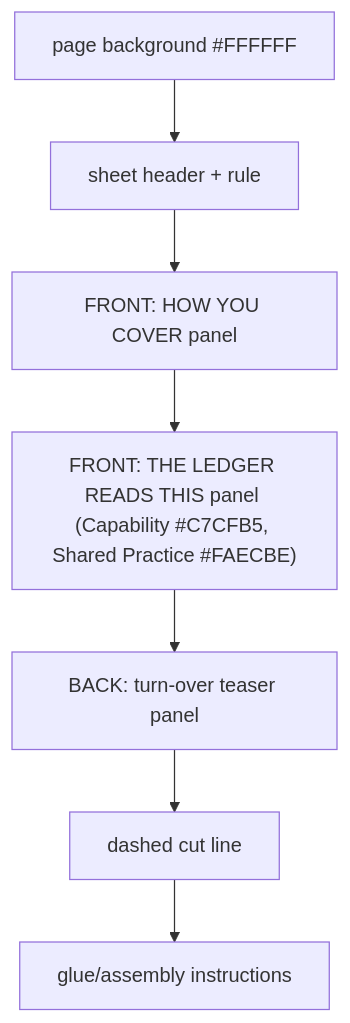
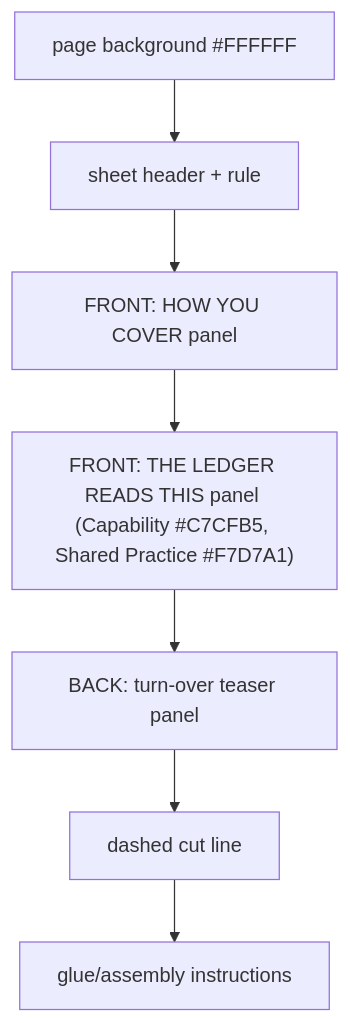
One commit to Hegerstrand/seven-weeks changed the third of 11 diagrams in components/specs/boards.md. Above: the diagram before and after it, drawn with Mermaid. The commit also changed other lines of this file and 50 other files, not shown here.

````diff
--- a/components/specs/boards.md
+++ b/components/specs/boards.md
@@ -228,9 +231,9 @@
 ```mermaid
 graph TD
   A["page background #FFFFFF"] --> B["sheet header + rule"]
   B --> C["FRONT: HOW YOU COVER panel"]
-  C --> D["FRONT: THE LEDGER READS THIS panel (Capability #C7CFB5, Shared Practice #FAECBE)"]
+  C --> D["FRONT: THE LEDGER READS THIS panel (Capability #C7CFB5, Shared Practice #F7D7A1)"]
   D --> E["BACK: turn-over teaser panel"]
   E --> F["dashed cut line"]
   F --> G["glue/assembly instructions"]
 ```
````
